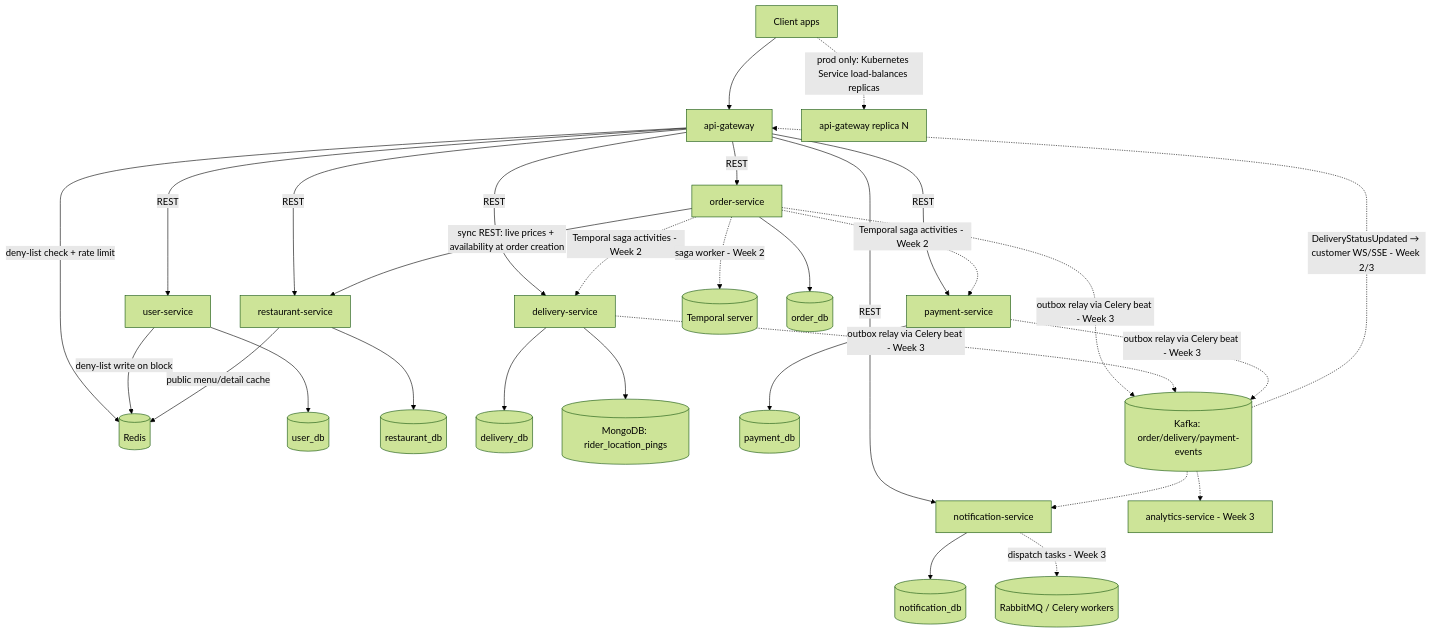
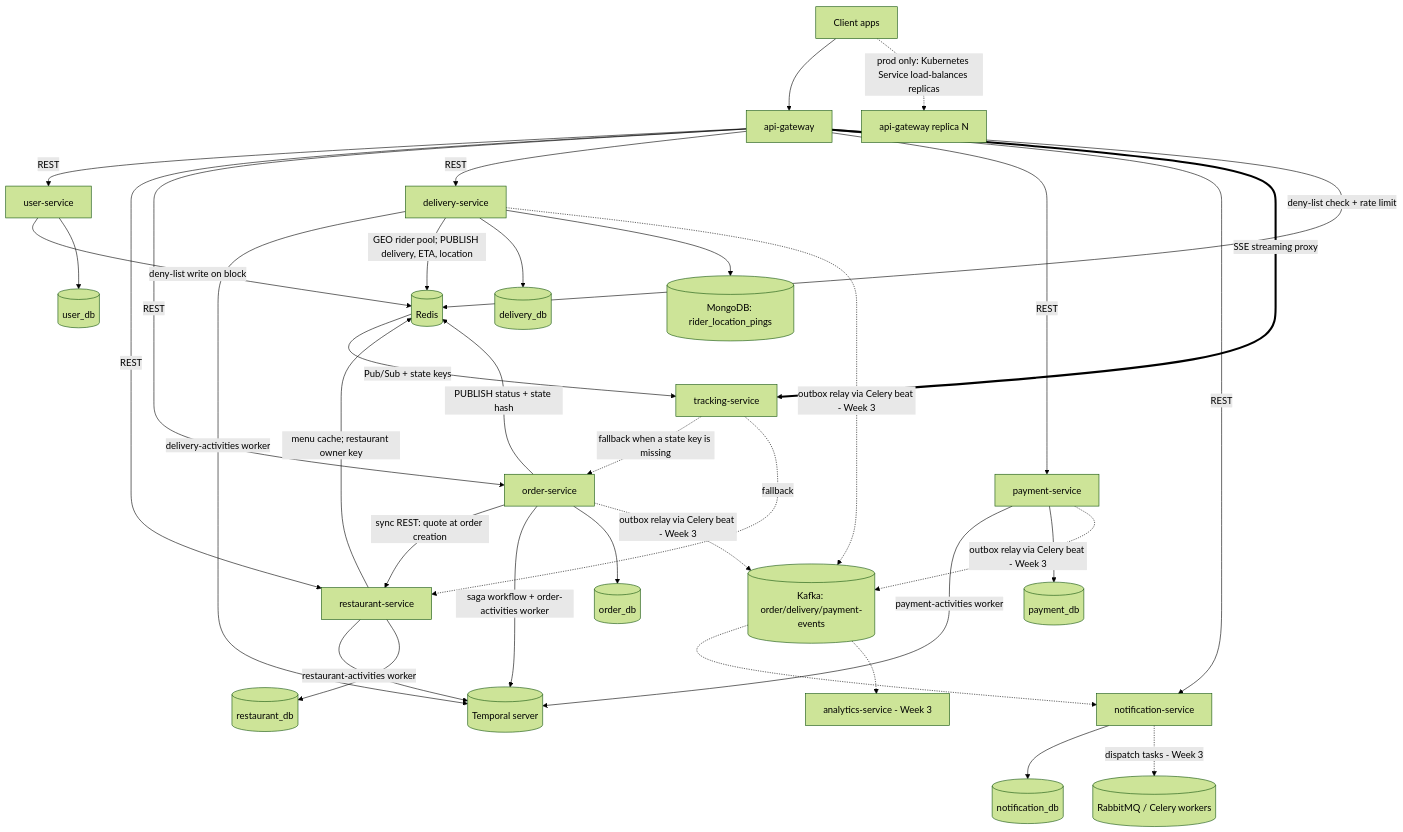
Before and after one commit to umer-emumba/smartfoodops-ms: the first of 13 diagrams in docs/diagrams.md, drawn with Mermaid (forest theme). The commit also changed other lines of this file and 8 other files, not shown here.

First line of the commit message:
Week 2 step 8: lifecycle scenarios, second seeded rider, docs and diagrams

````diff
--- a/docs/diagrams.md
+++ b/docs/diagrams.md
@@ -9,36 +9,43 @@
 ```mermaid
 graph TD
     Client[Client apps] --> GW1[api-gateway]
     Client -.->|"prod only: Kubernetes Service load-balances replicas"| GW2[api-gateway replica N]
 
     GW1 -->|REST| US[user-service]
     GW1 -->|REST| RS[restaurant-service]
     GW1 -->|REST| OS[order-service]
     GW1 -->|REST| DS[delivery-service]
     GW1 -->|REST| PS[payment-service]
     GW1 -->|REST| NS[notification-service]
+    GW1 ==>|"SSE streaming proxy"| TS[tracking-service]
     GW1 -->|deny-list check + rate limit| Redis[(Redis)]
     US -->|deny-list write on block| Redis
-    RS -->|public menu/detail cache| Redis
+    RS -->|"menu cache; restaurant owner key"| Redis
 
-    OS -->|sync REST: live prices + availability at order creation| RS
-    OS -.->|Temporal saga activities - Week 2| PS
-    OS -.->|Temporal saga activities - Week 2| DS
-    OS -.->|saga worker - Week 2| Temporal[(Temporal server)]
+    OS -->|sync REST: quote at order creation| RS
+    OS -->|"saga workflow + order-activities worker"| Temporal[(Temporal server)]
+    RS -->|restaurant-activities worker| Temporal
+    PS -->|payment-activities worker| Temporal
+    DS -->|"delivery-activities worker"| Temporal
+
+    OS -->|"PUBLISH status + state hash"| Redis
+    DS -->|"GEO rider pool; PUBLISH delivery, ETA, location"| Redis
+    Redis -->|"Pub/Sub + state keys"| TS
+    TS -.->|"fallback when a state key is missing"| OS
+    TS -.->|fallback| RS
 
     US --> UserDB[(user_db)]
     RS --> RestDB[(restaurant_db)]
     OS --> OrderDB[(order_db)]
     DS --> DeliveryDB[(delivery_db)]
     DS --> Mongo[(MongoDB: rider_location_pings)]
     PS --> PaymentDB[(payment_db)]
     NS --> NotifDB[(notification_db)]
 
     OS -.->|outbox relay via Celery beat - Week 3| Kafka[(Kafka: order/delivery/payment-events)]
     DS -.->|outbox relay via Celery beat - Week 3| Kafka
     PS -.->|outbox relay via Celery beat - Week 3| Kafka
-    Kafka -.->|DeliveryStatusUpdated → customer WS/SSE - Week 2/3| GW1
     Kafka -.-> NS
     Kafka -.-> AS[analytics-service - Week 3]
     NS -.->|dispatch tasks - Week 3| Rabbit[(RabbitMQ / Celery workers)]
 ```
````
